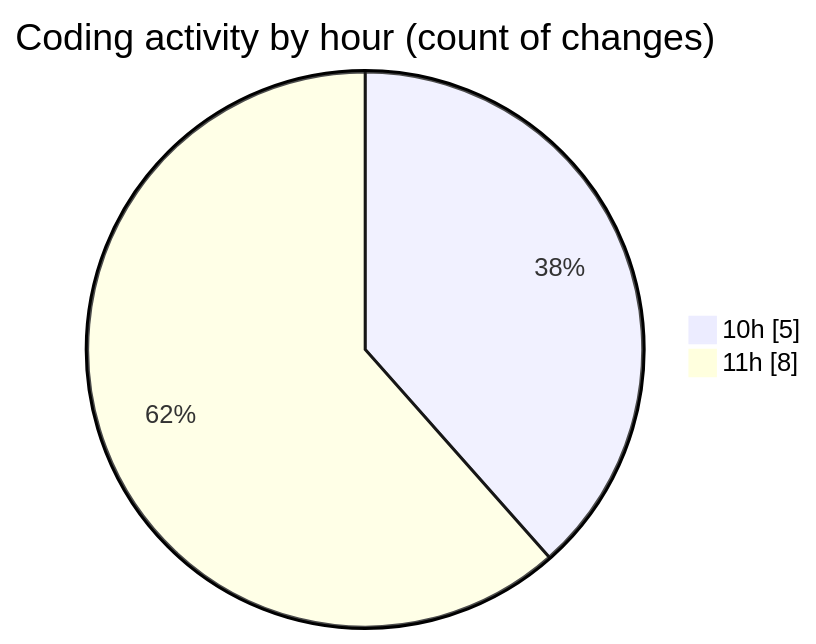
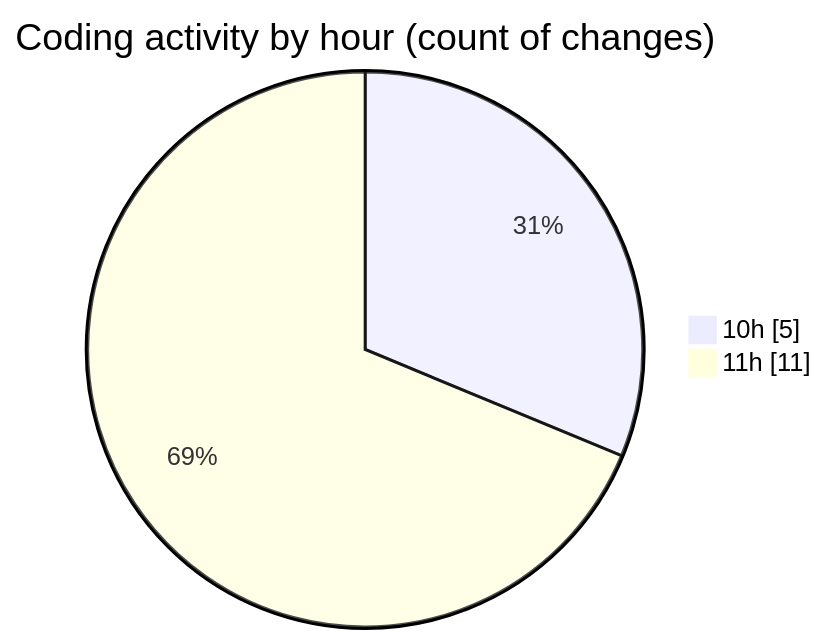
The second of 2 diagrams in 2025-05-05/ecodeli/README.md (CELIANVF/code-tracking), drawn with Mermaid before and after one commit. The commit also changed other lines of this file and 1 other file, not shown here.

````diff
--- a/2025-05-05/ecodeli/README.md
+++ b/2025-05-05/ecodeli/README.md
@@ -35,6 +37,6 @@
 ```mermaid
 pie showData
 title Coding activity by hour (count of changes)
 "10h" : 5
-"11h" : 8
+"11h" : 11
 ```
````
